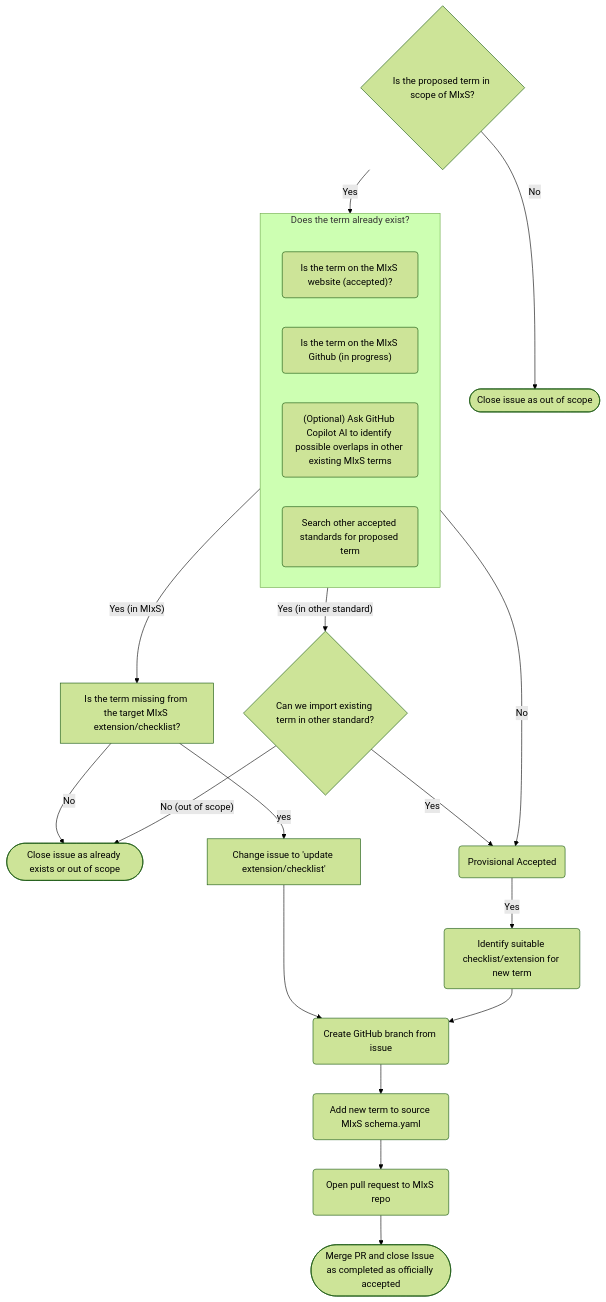
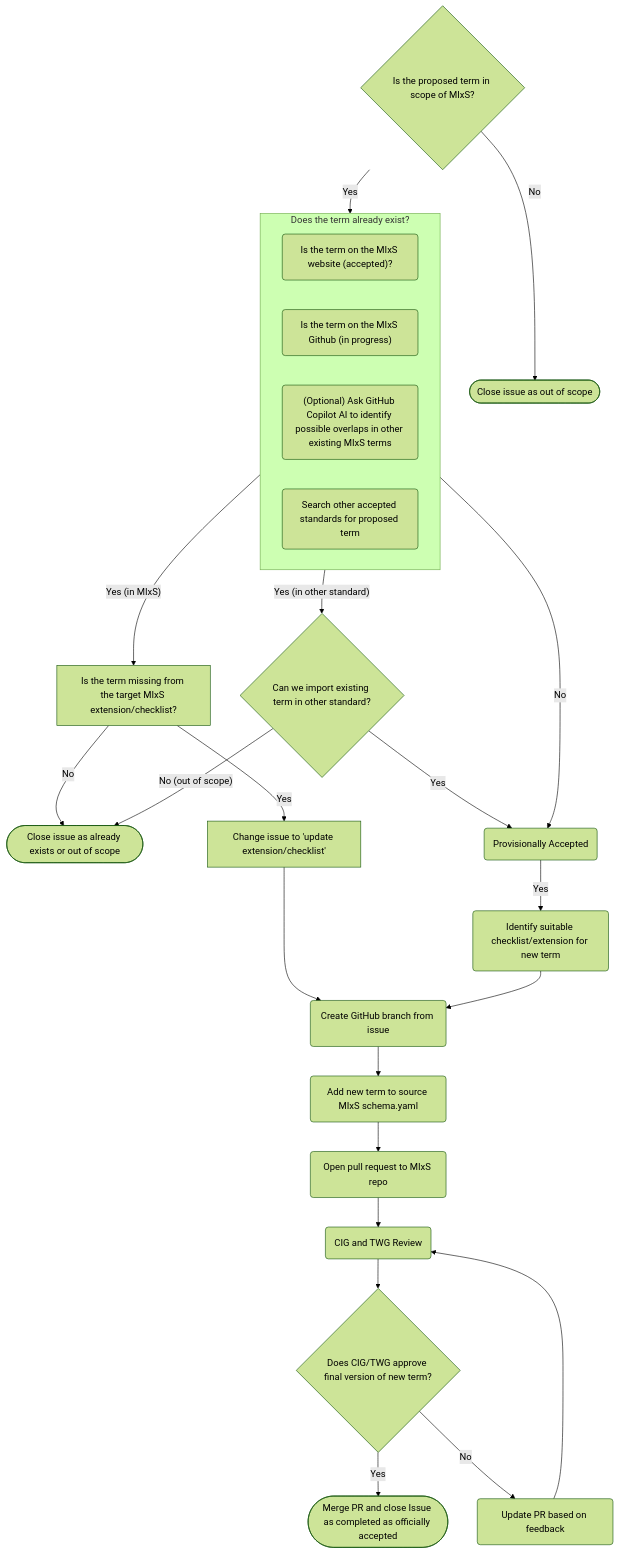
Before and after one commit to GenomicsStandardsConsortium/mixs: the diagram in contrib/docs/new_or_revisit_term_process.md, drawn with Mermaid (forest theme).

Commit message:
Update diagram to make clearer final GO/NOGO review stages

````diff
--- a/contrib/docs/new_or_revisit_term_process.md
+++ b/contrib/docs/new_or_revisit_term_process.md
@@ -9,49 +9,47 @@
 ```mermaid
----
-config:
-  flowchart:
-    subGraphTitleMargin:
-      bottom: 30
----
 graph TD;
 
     in_scope{Is the proposed term in scope of MIxS?} -- No --> close_issue_out_of_scope(["Close issue as out of scope"])
-
 
     in_scope -- Yes --> already_exists{Does the term already exist?}
 
     already_exists -- "Yes (in MIxS)" --> missing_from_extension["Is the term missing from the target MIxS extension/checklist?"] -- No --> close_issue_already_exists(["Close issue as already exists or out of scope"])
 
-      missing_from_extension -- yes --> change_issue_to_update_extension["Change issue to 'update extension/checklist'"]
+      missing_from_extension -- Yes --> change_issue_to_update_extension["Change issue to 'update extension/checklist'"]
 
    change_issue_to_update_extension --> create_branch
 
     already_exists -- "Yes (in other standard)" --> reuse_existing
-
 
     already_exists -- No --> accepted
 
     subgraph already_exists[Does the term already exist?]
 
         search_gsc_website("Is the term on the MIxS website (accepted)?")
         search_github("Is the term on the MIxS Github (in progress)")
         ask_ai("(Optional) Ask GitHub Copilot AI to identify possible overlaps in other existing MIxS terms")
         check_other_standards("Search other accepted standards for proposed term")
     end
 
     reuse_existing{"Can we import existing term in other standard?"} -- Yes --> accepted
 
     reuse_existing -- "No (out of scope)" --> close_issue_already_exists
 
-
-
-    accepted(Provisional Accepted) -- Yes --> identify_suitable_checklist_extension("Identify suitable checklist/extension for new term") --> create_branch("Create GitHub branch from issue")
+    accepted(Provisionally Accepted) -- Yes --> identify_suitable_checklist_extension("Identify suitable checklist/extension for new term") --> create_branch("Create GitHub branch from issue")
 
     create_branch --> add_to_yaml("Add new term to source MIxS schema.yaml")
 
     add_to_yaml --> open_pull_request("Open pull request to MIxS repo")
 
     open_pull_request --> review("CIG and TWG Review")
 
-    review([Merge PR and close Issue as completed as officially accepted])
+    review --> final_review{Does CIG/TWG approve final version of new term?}
+
+    final_review -- Yes --> merge_and_close
+
+    final_review -- No --> update_pull_request(Update PR based on feedback)
+
+    update_pull_request --> review
+
+    merge_and_close([Merge PR and close Issue as completed as officially accepted])
 ```
````
